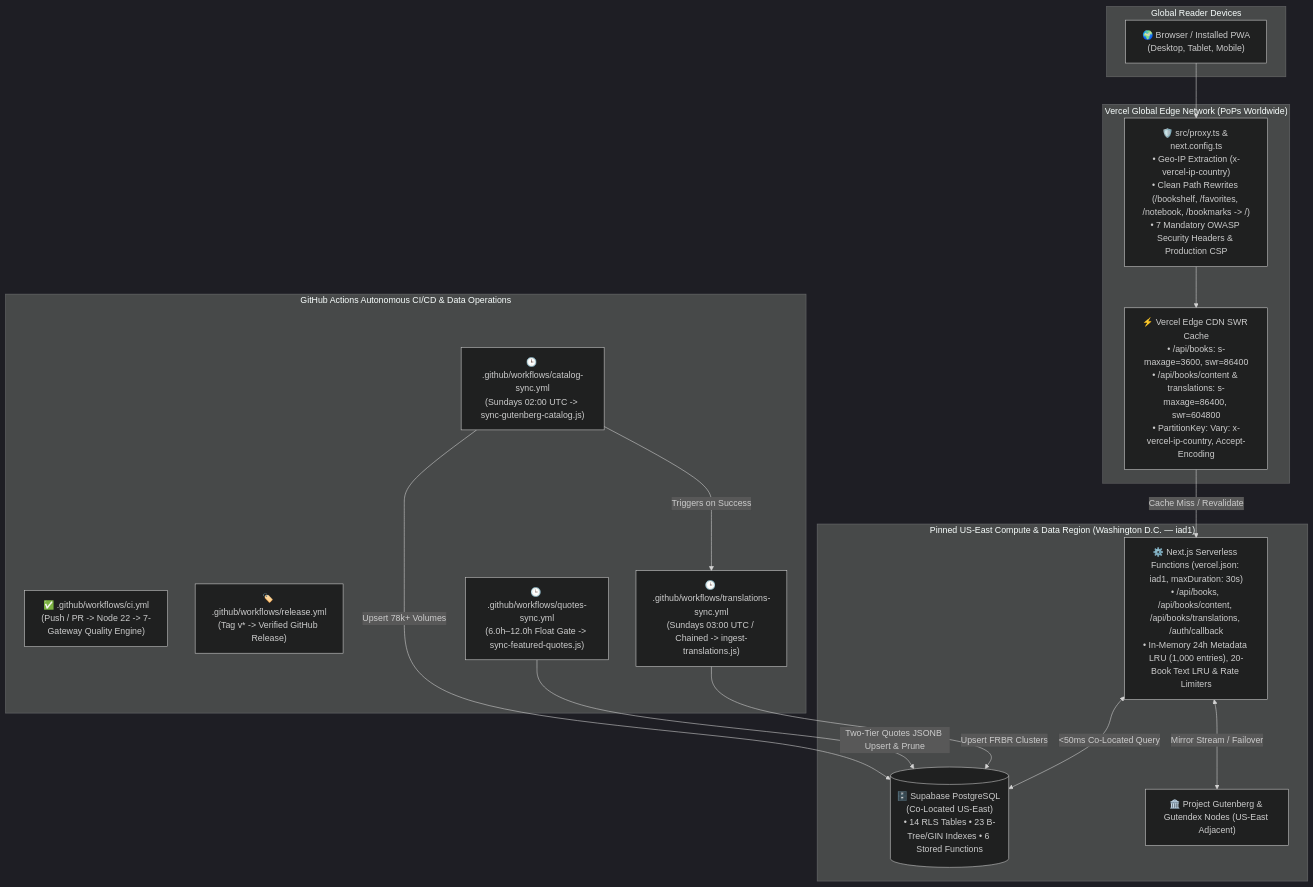
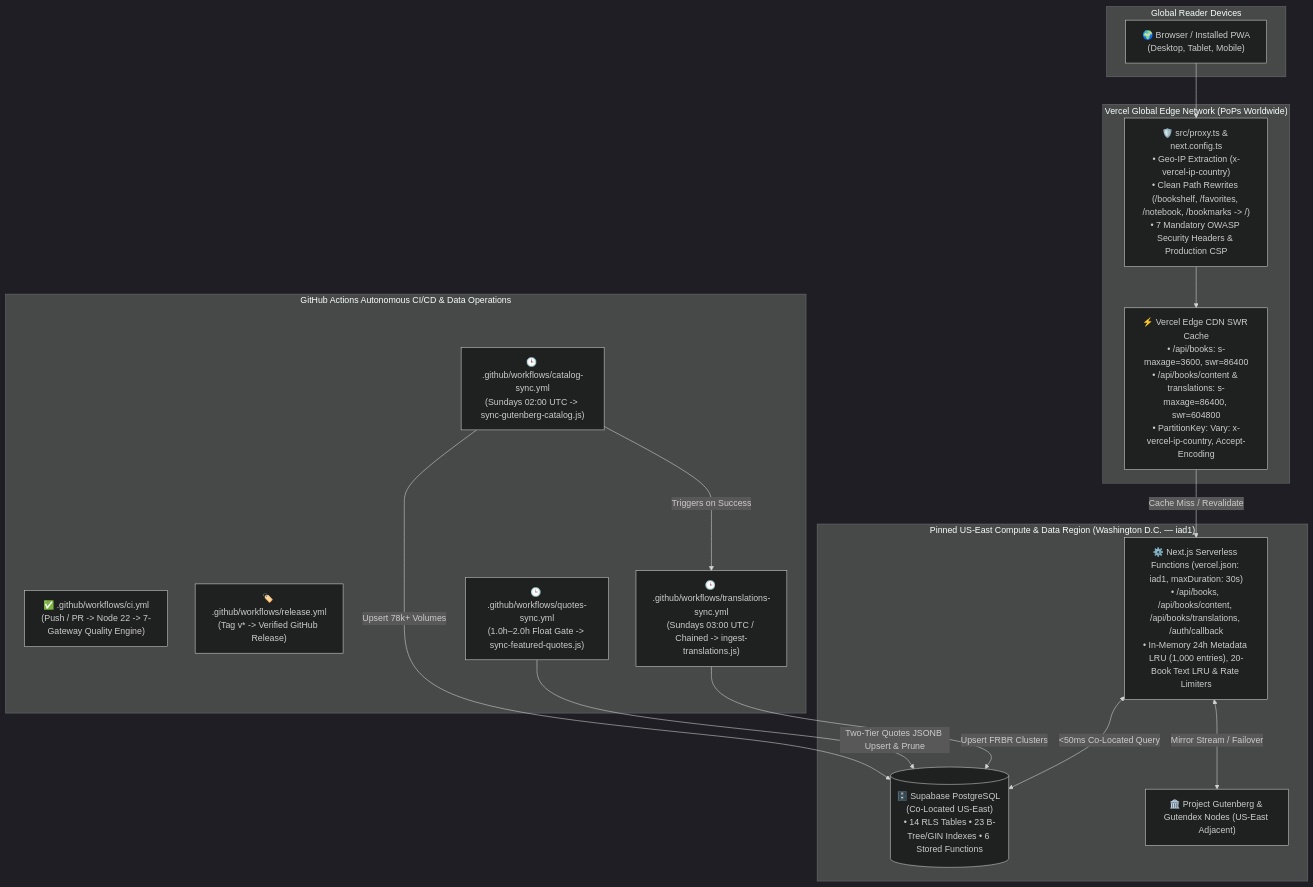
Diagram 12 of 12 in docs/ARCHITECTURE.md (calin-m/Bookarium), drawn with Mermaid (dark theme) before and after one commit. The commit also changed other lines of this file and 13 other files, not shown here.

First line of the commit message:
perf(quotes-sync): tighten schedule gate to 1.0h-2.0h float window with hourly cron check

````diff
--- a/docs/ARCHITECTURE.md
+++ b/docs/ARCHITECTURE.md
@@ -1547,35 +1547,35 @@
 ```mermaid
 flowchart TD
     subgraph GlobalClients ["Global Reader Devices"]
         Client["🌍 Browser / Installed PWA\n(Desktop, Tablet, Mobile)"]
     end
 
     subgraph VercelEdgeNetwork ["Vercel Global Edge Network (PoPs Worldwide)"]
         EdgeProxy["🛡️ src/proxy.ts & next.config.ts\n• Geo-IP Extraction (x-vercel-ip-country)\n• Clean Path Rewrites (/bookshelf, /favorites, /notebook, /bookmarks -> /)\n• 7 Mandatory OWASP Security Headers & Production CSP"]
         EdgeCDN["⚡ Vercel Edge CDN SWR Cache\n• /api/books: s-maxage=3600, swr=86400\n• /api/books/content & translations: s-maxage=86400, swr=604800\n• PartitionKey: Vary: x-vercel-ip-country, Accept-Encoding"]
     end
 
     subgraph USCompute ["Pinned US-East Compute & Data Region (Washington D.C. — iad1)"]
         Serverless["⚙️ Next.js Serverless Functions (vercel.json: iad1, maxDuration: 30s)\n• /api/books, /api/books/content, /api/books/translations, /auth/callback\n• In-Memory 24h Metadata LRU (1,000 entries), 20-Book Text LRU & Rate Limiters"]
         SupabaseUS[("🗄️ Supabase PostgreSQL (Co-Located US-East)\n• 14 RLS Tables • 23 B-Tree/GIN Indexes • 6 Stored Functions")]
         GutenbergUS["🏛️ Project Gutenberg & Gutendex Nodes (US-East Adjacent)"]
     end
 
     subgraph GitHubOps ["GitHub Actions Autonomous CI/CD & Data Operations"]
         CIWorkflow["✅ .github/workflows/ci.yml\n(Push / PR -> Node 22 -> 7-Gateway Quality Engine)"]
         ReleaseWorkflow["🏷️ .github/workflows/release.yml\n(Tag v* -> Verified GitHub Release)"]
         CatalogCron["🕒 .github/workflows/catalog-sync.yml\n(Sundays 02:00 UTC -> sync-gutenberg-catalog.js)"]
         TransCron["🕒 .github/workflows/translations-sync.yml\n(Sundays 03:00 UTC / Chained -> ingest-translations.js)"]
-        QuotesCron["🕒 .github/workflows/quotes-sync.yml\n(6.0h–12.0h Float Gate -> sync-featured-quotes.js)"]
+        QuotesCron["🕒 .github/workflows/quotes-sync.yml\n(1.0h–2.0h Float Gate -> sync-featured-quotes.js)"]
     end
 
     Client --> EdgeProxy
     EdgeProxy --> EdgeCDN
     EdgeCDN -->|"Cache Miss / Revalidate"| Serverless
     Serverless <-->|"<50ms Co-Located Query"| SupabaseUS
     Serverless <-->|"Mirror Stream / Failover"| GutenbergUS
     CatalogCron -->|"Upsert 78k+ Volumes"| SupabaseUS
     CatalogCron -->|"Triggers on Success"| TransCron
     TransCron -->|"Upsert FRBR Clusters"| SupabaseUS
     QuotesCron -->|"Two-Tier Quotes JSONB Upsert & Prune"| SupabaseUS
 ```
````
